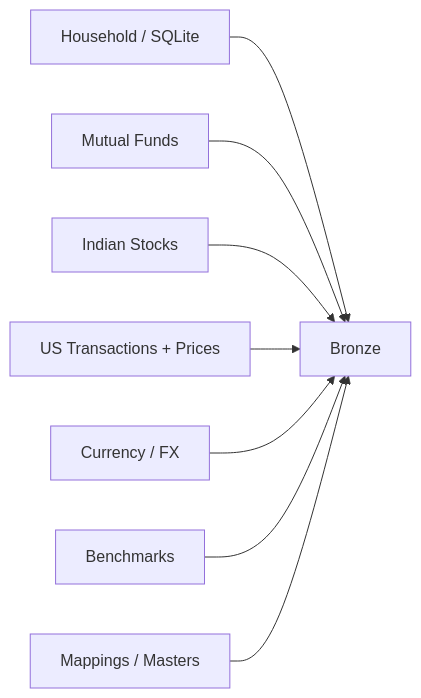
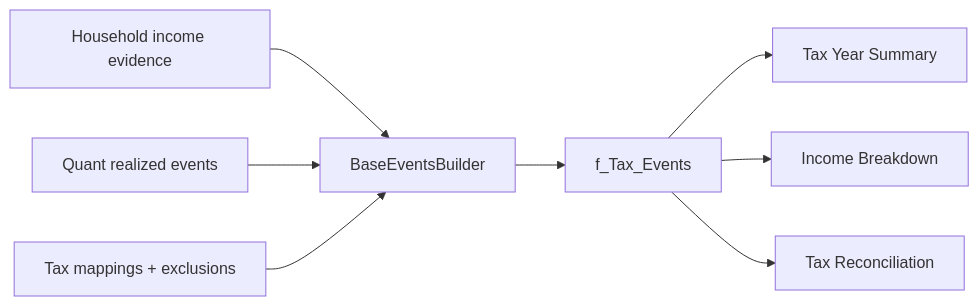
Before and after one commit to tks18/personal-finance-etl: diagram 17 of 31 in README.md, drawn with Mermaid. The commit also changed other lines of this file, not shown here.

````diff
--- a/README.md
+++ b/README.md
@@ -974,10 +571,10 @@
 ```mermaid
 flowchart LR
-    H["Household / SQLite"] --> B["Bronze"]
-    MF["Mutual Funds"] --> B
-    IN["Indian Stocks"] --> B
-    US["US Transactions + Prices"] --> B
-    FX["Currency / FX"] --> B
-    BM["Benchmarks"] --> B
-    REF["Mappings / Masters"] --> B
+    LED["Household income evidence"] --> BASE["BaseEventsBuilder"]
+    REAL["Quant realized events"] --> BASE
+    RULE["Tax mappings + exclusions"] --> BASE
+    BASE --> EVT["f_Tax_Events"]
+    EVT --> Y["Tax Year Summary"]
+    EVT --> I["Income Breakdown"]
+    EVT --> R["Tax Reconciliation"]
 ```
````
